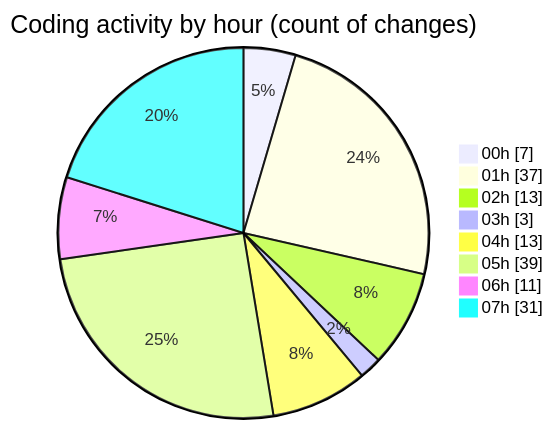
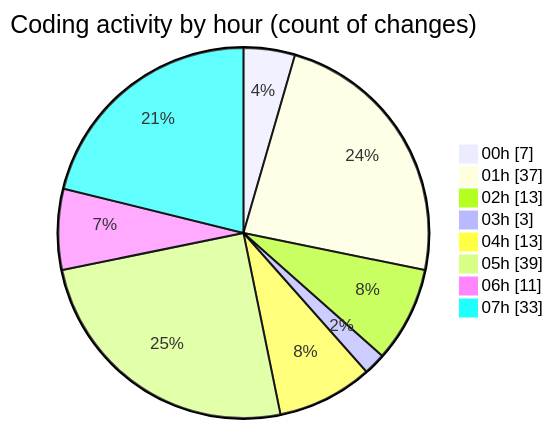
Before and after one commit to charlie-sans/code-tracking: the second of 2 diagrams in 2025-02-23/micros/README.md, drawn with Mermaid. The commit also changed other lines of this file and 1 other file, not shown here.

````diff
--- a/2025-02-23/micros/README.md
+++ b/2025-02-23/micros/README.md
@@ -65,12 +65,12 @@
 ```mermaid
 pie showData
 title Coding activity by hour (count of changes)
 "00h" : 7
 "01h" : 37
 "02h" : 13
 "03h" : 3
 "04h" : 13
 "05h" : 39
 "06h" : 11
-"07h" : 31
+"07h" : 33
 ```
````
